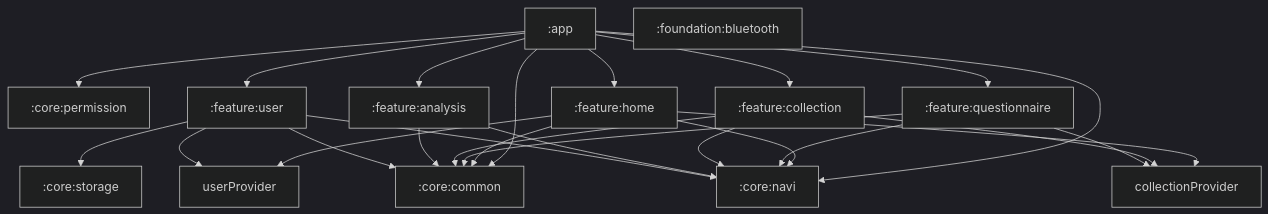
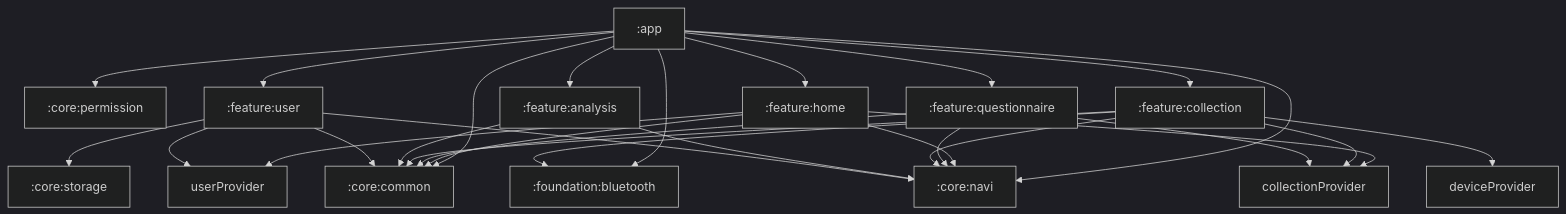
Before and after one commit to hooierayi/vitalhub: the diagram in docs/architecture/index.md, drawn with Mermaid (dark theme). The commit also changed other lines of this file and 32 other files, not shown here.

Commit message:
feat: consolidate collection device flow

````diff
--- a/docs/architecture/index.md
+++ b/docs/architecture/index.md
@@ -37,28 +37,30 @@
 ```mermaid
 graph TD
     app[":app"] --> common[":core:common"]
     app --> navi[":core:navi"]
     app --> permission[":core:permission"]
-    bluetooth[":foundation:bluetooth"]
+    app --> bluetooth[":foundation:bluetooth"]
     userFeature --> storage[":core:storage"]
     app --> home[":feature:home"]
     app --> userFeature[":feature:user"]
     app --> questionnaire[":feature:questionnaire"]
     app --> collection[":feature:collection"]
     app --> analysis[":feature:analysis"]
     home --> common
     home --> navi
     home --> userProvider
     home --> collectionProvider
+    collection --> deviceProvider
     questionnaire --> common
     questionnaire --> navi
     collection --> common
     collection --> navi
+    collection --> bluetooth
     collection --> collectionProvider
     questionnaire --> collectionProvider
     analysis --> common
     analysis --> navi
     userFeature --> common
     userFeature --> navi
     userFeature --> userProvider
 ```
````
